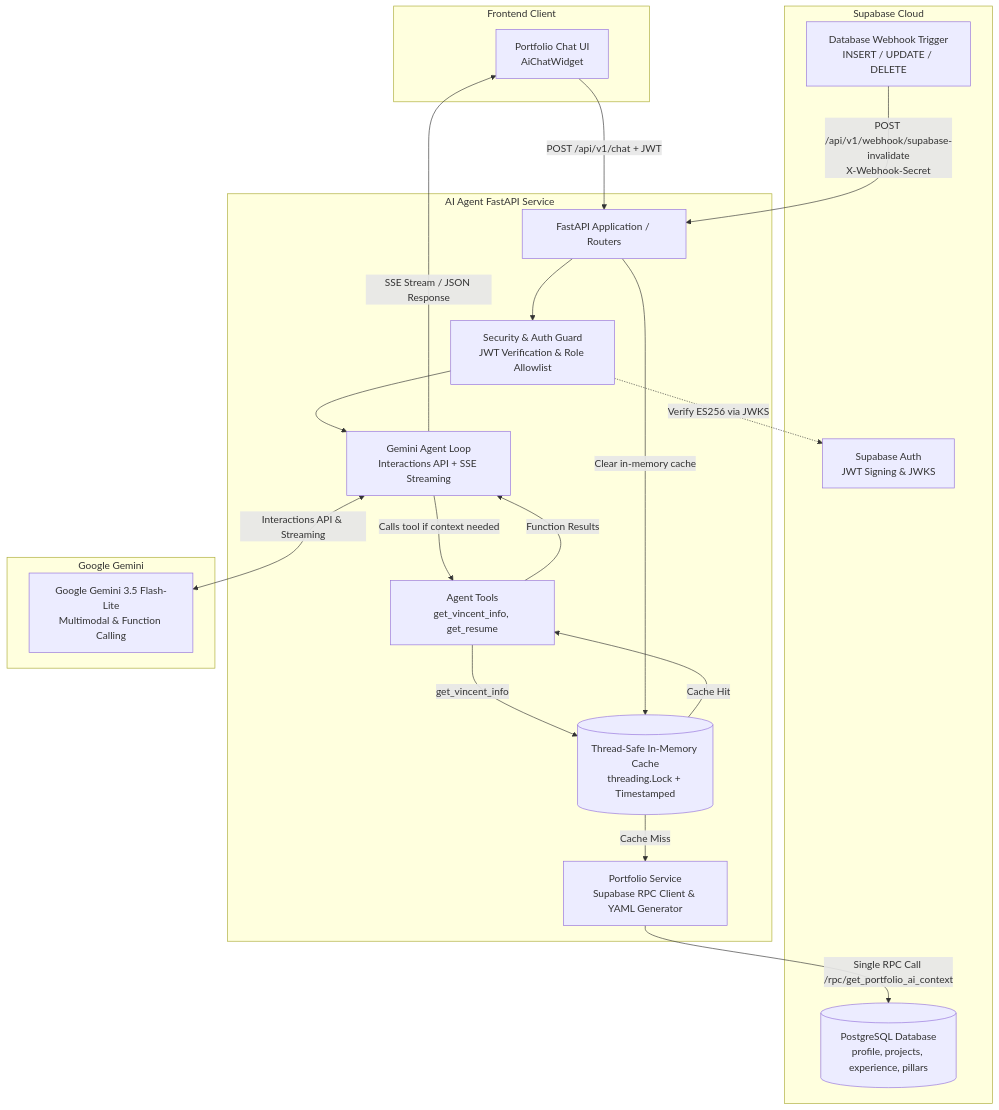
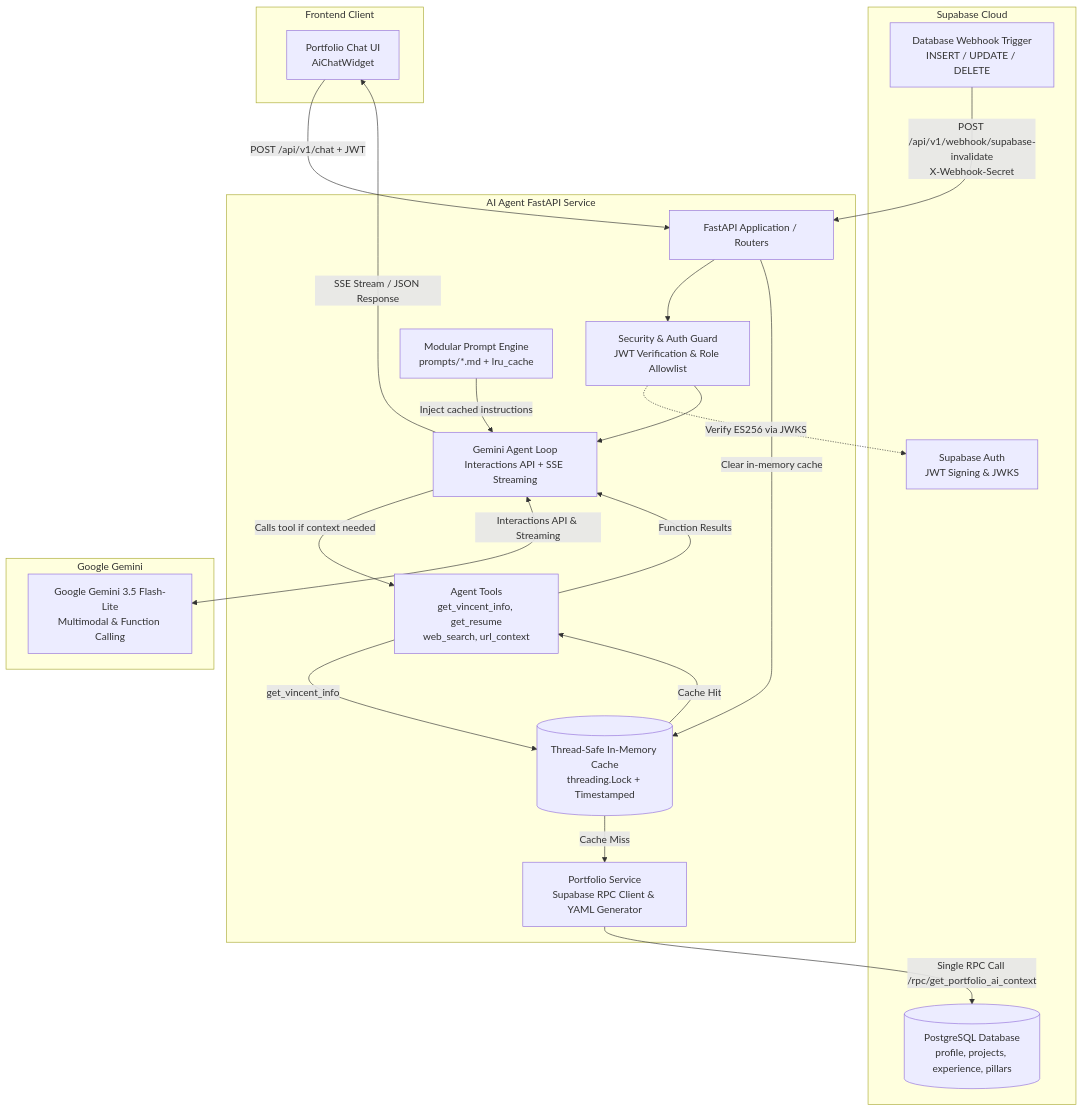
The diagram in README.md (VincentYuann/AI-Agent), drawn with Mermaid before and after one commit. The commit also changed other lines of this file and 17 other files, not shown here.

````diff
--- a/README.md
+++ b/README.md
@@ -9,43 +9,45 @@
 ```mermaid
 flowchart TD
     subgraph Frontend Client
         ChatUI[Portfolio Chat UI\nAiChatWidget]
     end
 
     subgraph Supabase Cloud
         SupaDB[(PostgreSQL Database\nprofile, projects, experience, pillars)]
         SupaAuth[Supabase Auth\nJWT Signing & JWKS]
         SupaWebhook[Database Webhook Trigger\nINSERT / UPDATE / DELETE]
     end
 
     subgraph AI Agent FastAPI Service
         Router[FastAPI Application / Routers]
         SecGuard[Security & Auth Guard\nJWT Verification & Role Allowlist]
         Cache[(Thread-Safe In-Memory Cache\nthreading.Lock + Timestamped)]
         PortService[Portfolio Service\nSupabase RPC Client & YAML Generator]
-        Tools[Agent Tools\nget_vincent_info, get_resume]
+        Tools[Agent Tools\nget_vincent_info, get_resume\nweb_search, url_context]
+        PromptEngine[Modular Prompt Engine\nprompts/*.md + lru_cache]
         AgentEngine[Gemini Agent Loop\nInteractions API + SSE Streaming]
     end
 
     subgraph Google Gemini
         Gemini[Google Gemini 3.5 Flash-Lite\nMultimodal & Function Calling]
     end
 
     ChatUI -->|POST /api/v1/chat + JWT| Router
     Router --> SecGuard
     SecGuard -.->|Verify ES256 via JWKS| SupaAuth
     SecGuard --> AgentEngine
 
+    PromptEngine -->|Inject cached instructions| AgentEngine
     AgentEngine -->|Calls tool if context needed| Tools
     Tools -->|get_vincent_info| Cache
     Cache -->|Cache Miss| PortService
     PortService -->|Single RPC Call /rpc/get_portfolio_ai_context| SupaDB
     Cache -->|Cache Hit| Tools
 
     Tools -->|Function Results| AgentEngine
     AgentEngine <-->|Interactions API & Streaming| Gemini
     AgentEngine -->|SSE Stream / JSON Response| ChatUI
 
     SupaWebhook -->|POST /api/v1/webhook/supabase-invalidate\nX-Webhook-Secret| Router
     Router -->|Clear in-memory cache| Cache
 ```
````
